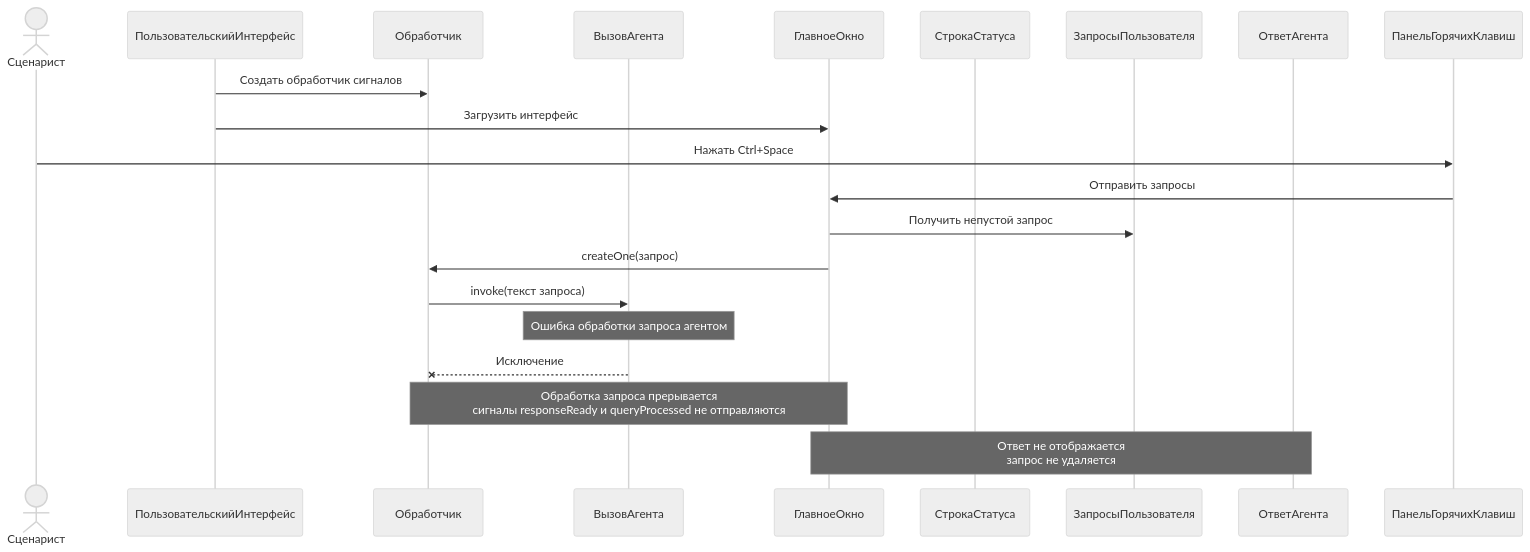
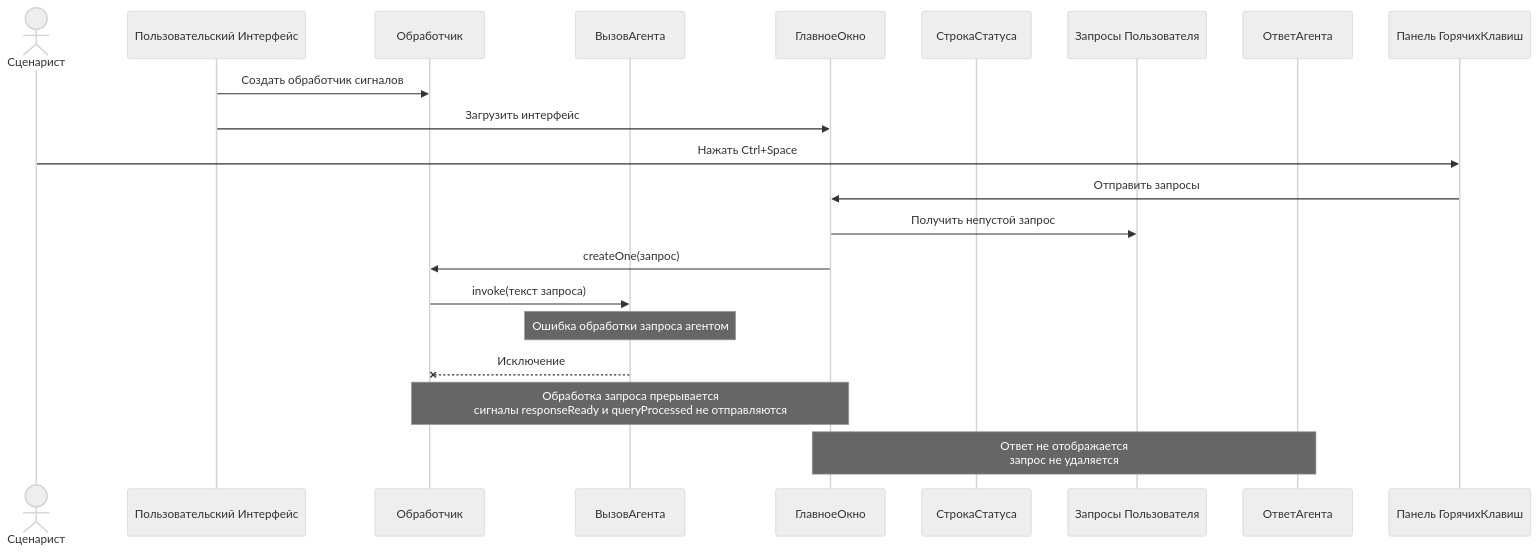
One commit to CHSU-scenarAIst/diagrammy changed the second of 3 diagrams in Пакет Интерфейс пользователя/2. Диаграмма последовательностей взаимодействия объектов классов пакета.md. Above: the diagram before and after it, drawn with Mermaid (neutral theme). The commit also changed other lines of this file and 8 other files, not shown here.

````diff
--- a/Пакет Интерфейс пользователя/2. Диаграмма последовательностей взаимодействия объектов классов пакета.md
+++ b/Пакет Интерфейс пользователя/2. Диаграмма последовательностей взаимодействия объектов классов пакета.md
@@ -57,24 +58,24 @@
 ```mermaid
 sequenceDiagram
     actor Сценарист
-    participant ПользовательскийИнтерфейс
+    participant Пользовательский Интерфейс
     participant Обработчик
     participant ВызовАгента
     participant ГлавноеОкно
     participant СтрокаСтатуса
-    participant ЗапросыПользователя
+    participant Запросы Пользователя
     participant ОтветАгента
-    participant ПанельГорячихКлавиш
+    participant Панель ГорячихКлавиш
 
-    ПользовательскийИнтерфейс->>Обработчик: Создать обработчик сигналов
-    ПользовательскийИнтерфейс->>ГлавноеОкно: Загрузить интерфейс
-    Сценарист->>ПанельГорячихКлавиш: Нажать Ctrl+Space
-    ПанельГорячихКлавиш->>ГлавноеОкно: Отправить запросы
-    ГлавноеОкно->>ЗапросыПользователя: Получить непустой запрос
+    Пользовательский Интерфейс->>Обработчик: Создать обработчик сигналов
+    Пользовательский Интерфейс->>ГлавноеОкно: Загрузить интерфейс
+    Сценарист->>Панель ГорячихКлавиш: Нажать Ctrl+Space
+    Панель ГорячихКлавиш->>ГлавноеОкно: Отправить запросы
+    ГлавноеОкно->>Запросы Пользователя: Получить непустой запрос
     ГлавноеОкно->>Обработчик: createOne(запрос)
     Обработчик->>ВызовАгента: invoke(текст запроса)
     Note over ВызовАгента: Ошибка обработки запроса агентом
     ВызовАгента--xОбработчик: Исключение
     Note over Обработчик,ГлавноеОкно: Обработка запроса прерывается<br/>сигналы responseReady и queryProcessed не отправляются
     Note over ГлавноеОкно,ОтветАгента: Ответ не отображается<br/>запрос не удаляется
 ```
````
